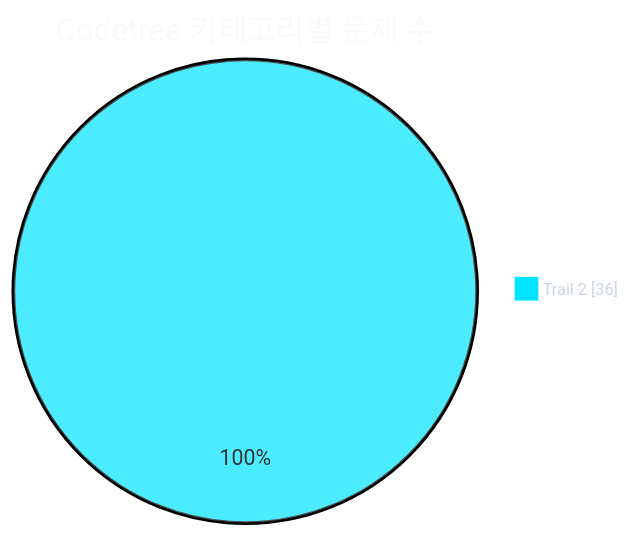
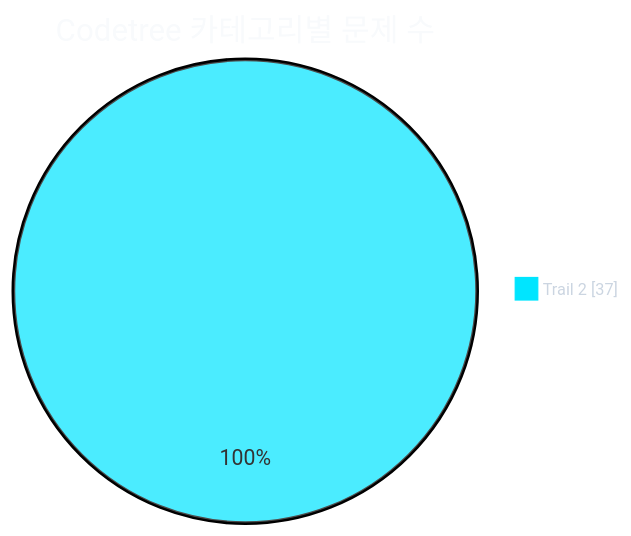
The first of 2 diagrams in readme.md (CHOOSLA/Algorithm), drawn with Mermaid before and after one commit. The commit also changed other lines of this file and 2 other files, not shown here.

````diff
--- a/readme.md
+++ b/readme.md
@@ -31,21 +31,21 @@
 ```mermaid
 ---
 config:
   theme: base
   themeVariables:
     background: '#0d1117'
     pieTitleTextColor: '#f8fafc'
     pieLegendTextColor: '#cbd5e1'
     pieLegendTextSize: '13px'
     pie1: '#00e5ff'
     pie2: '#22c55e'
     pie3: '#f59e0b'
     pie4: '#a855f7'
     pie5: '#ec4899'
     pie6: '#3b82f6'
     pie7: '#64748b'
 ---
 pie showData
   title Codetree 카테고리별 문제 수
-  "Trail 2" : 36
+  "Trail 2" : 37
 ```
````
